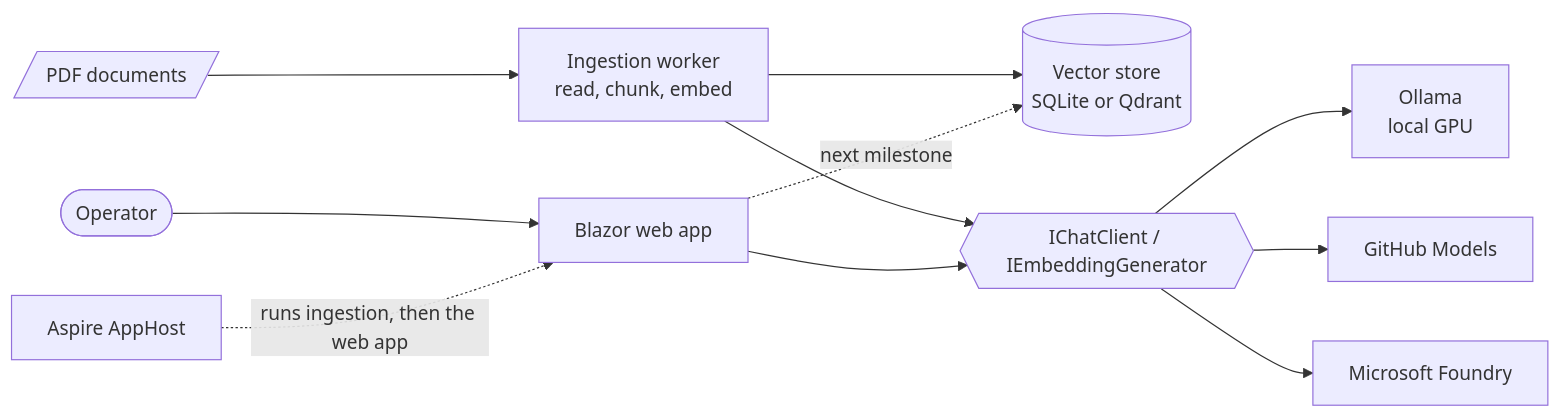
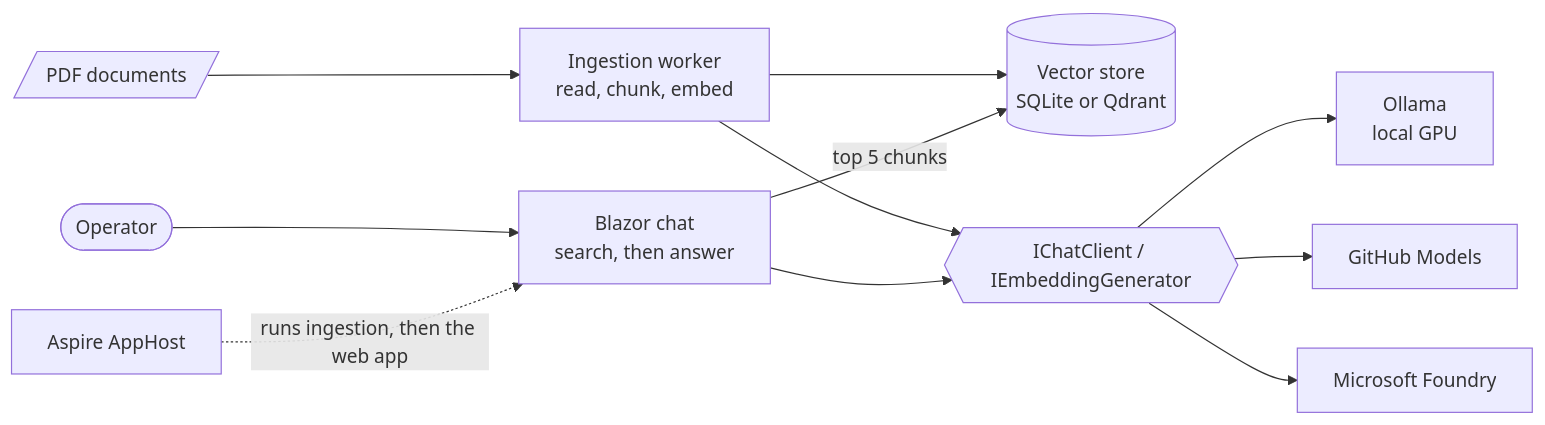
Before and after one commit to TomasWarchol/shopfloor-assistant: the diagram in README.md, drawn with Mermaid. The commit also changed other lines of this file and 1 other file, not shown here.

````diff
--- a/README.md
+++ b/README.md
@@ -35,12 +53,12 @@
 ```mermaid
 flowchart LR
     PDF[/PDF documents/] --> I[Ingestion worker<br/>read, chunk, embed]
     I --> V[(Vector store<br/>SQLite or Qdrant)]
-    U([Operator]) --> W[Blazor web app]
-    W -. next milestone .-> V
+    U([Operator]) --> W[Blazor chat<br/>search, then answer]
+    W -- top 5 chunks --> V
     I & W --> AI{{IChatClient / IEmbeddingGenerator}}
     AI --> O[Ollama<br/>local GPU]
     AI --> G[GitHub Models]
     AI --> F[Microsoft Foundry]
     H[Aspire AppHost] -. runs ingestion, then the web app .-> W
 ```
````
